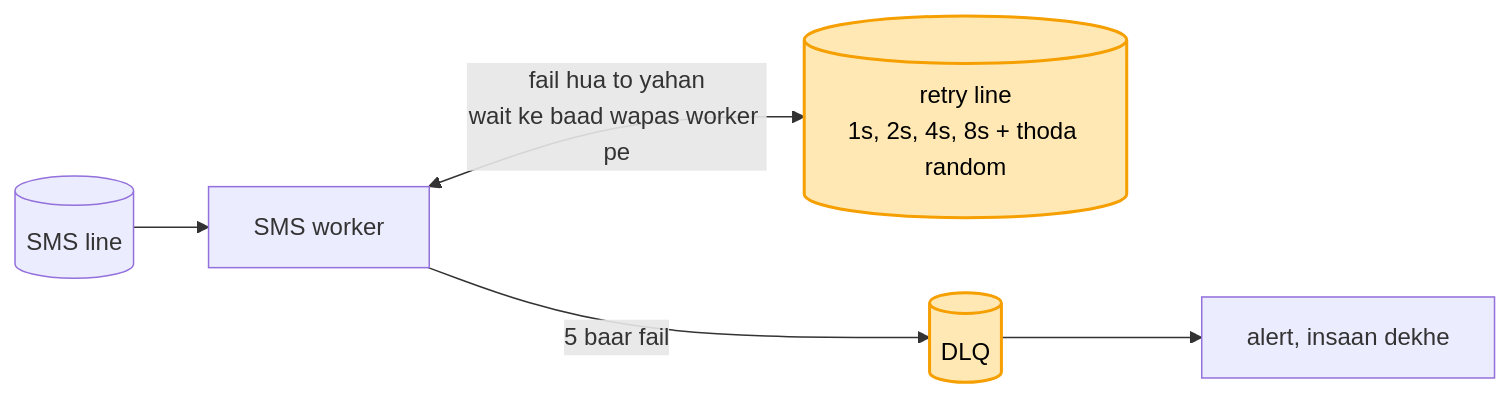
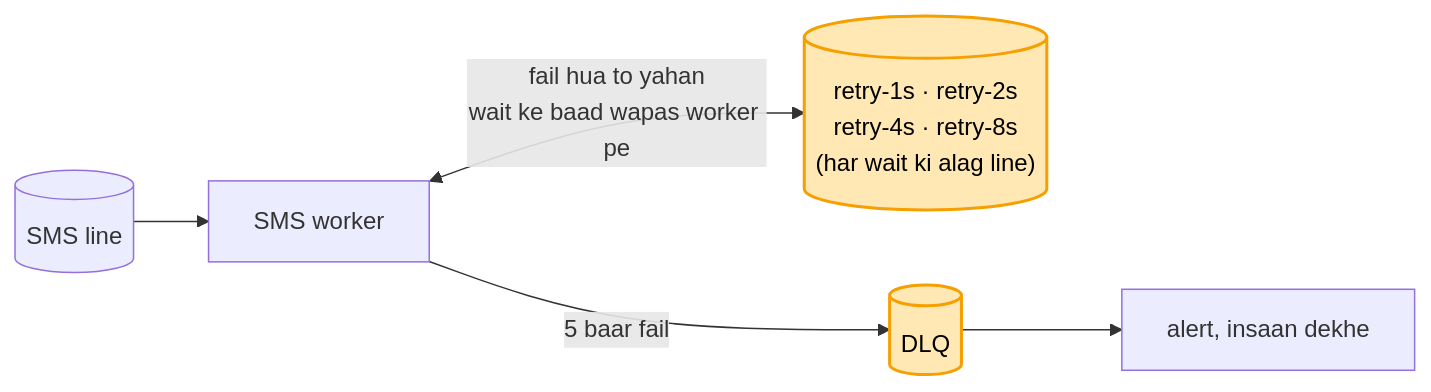
The fifth of 11 diagrams in 04_HLD/SYSTEM_DESIGNS/04_notification_system/04_notification_system.md (ArpanMaheshwari144/Prep), drawn with Mermaid before and after one commit. The commit also changed other lines of this file, not shown here.

Commit message:
notification kadam 5: har wait ki alag retry line (Kafka aage-peeche nahi karta)

````diff
--- a/04_HLD/SYSTEM_DESIGNS/04_notification_system/04_notification_system.md
+++ b/04_HLD/SYSTEM_DESIGNS/04_notification_system/04_notification_system.md
@@ -173,9 +194,9 @@
 ```mermaid
 flowchart LR
     LS[("SMS line")] --> WS["SMS worker"]
-    WS <-->|"fail hua to yahan<br/>wait ke baad wapas worker pe"| RT[("retry line<br/>1s, 2s, 4s, 8s + thoda random")]
+    WS <-->|"fail hua to yahan<br/>wait ke baad wapas worker pe"| RT[("retry-1s · retry-2s<br/>retry-4s · retry-8s<br/>(har wait ki alag line)")]
     WS -- "5 baar fail" --> D[("DLQ")]
     D --> AL["alert, insaan dekhe"]
     style RT fill:#ffe8b3,stroke:#f59f00,stroke-width:2px,color:#000
     style D fill:#ffe8b3,stroke:#f59f00,stroke-width:2px,color:#000
 ```
````
